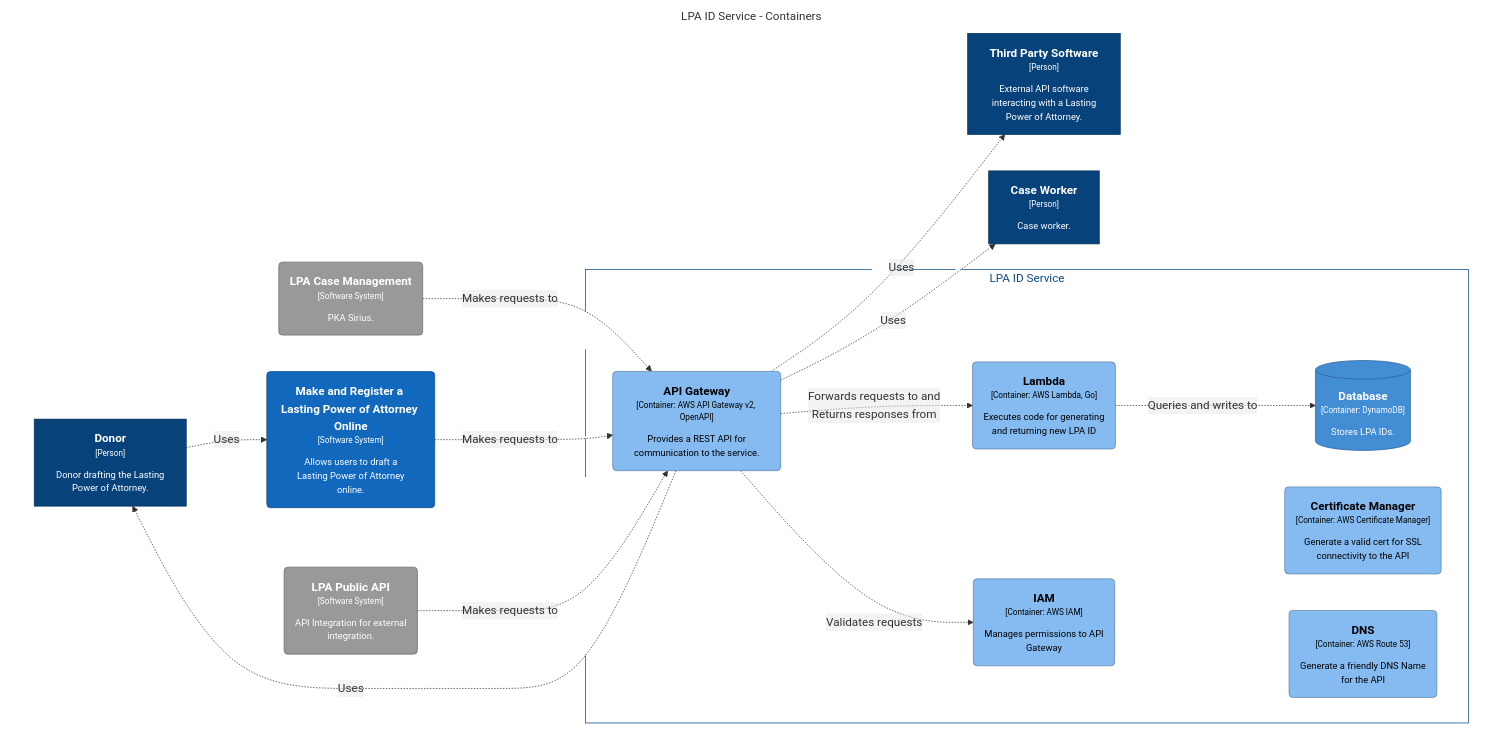
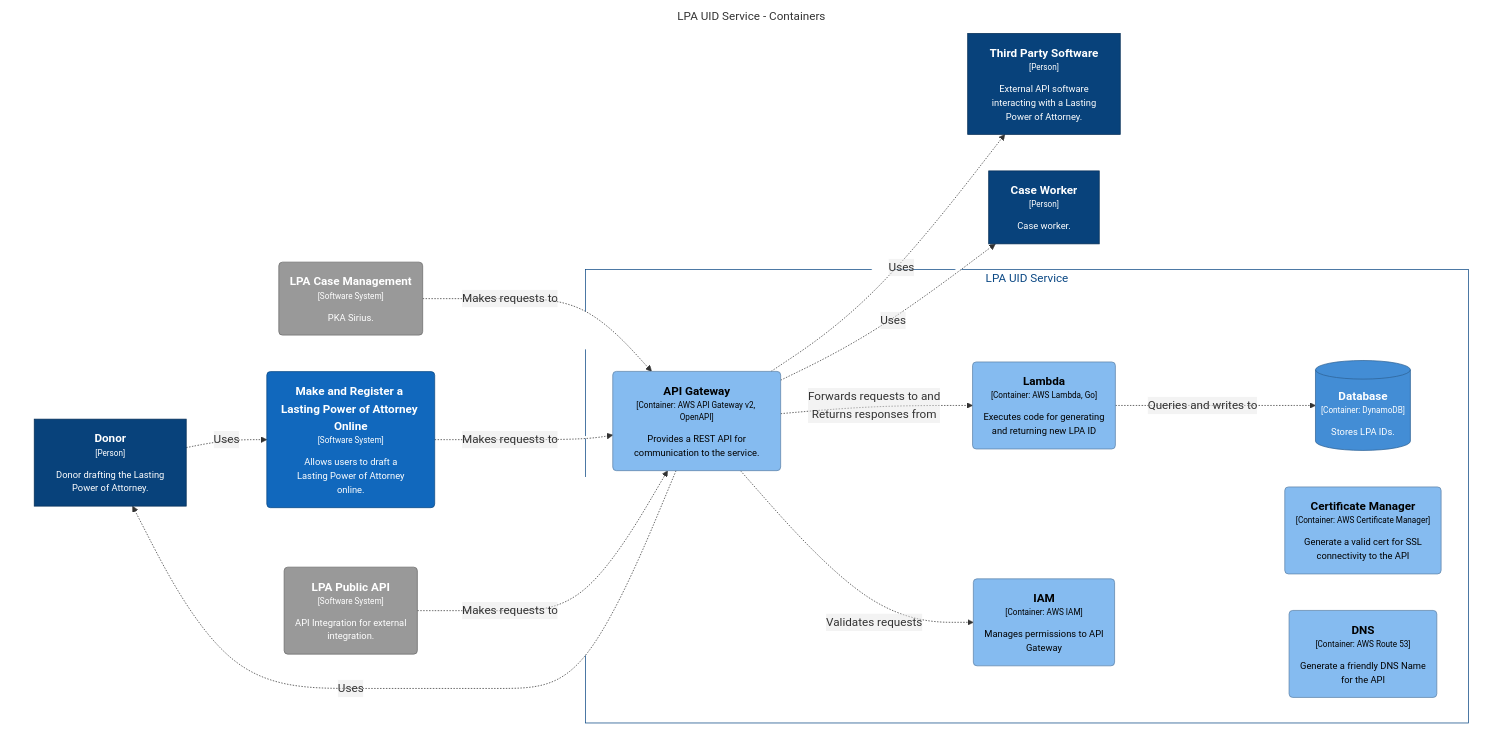
Before and after one commit to ministryofjustice/opg-data-lpa-uid: the diagram in docs/architecture/dsl/local/structurizr-Container-001.mmd, drawn with Mermaid. The commit also changed 5 other files, not shown here.

```diff
--- a/docs/architecture/dsl/local/structurizr-Container-001.mmd
+++ b/docs/architecture/dsl/local/structurizr-Container-001.mmd
@@ -1,47 +1,47 @@
 graph TB
   linkStyle default fill:#ffffff
 
-  subgraph diagram [LPA ID Service - Containers]
+  subgraph diagram [LPA UID Service - Containers]
     style diagram fill:#ffffff,stroke:#ffffff
 
     18("<div style='font-weight: bold'>LPA Case Management</div><div style='font-size: 70%; margin-top: 0px'>[Software System]</div><div style='font-size: 80%; margin-top:10px'>PKA Sirius.</div>")
     style 18 fill:#999999,stroke:#6b6b6b,color:#ffffff
     19("<div style='font-weight: bold'>LPA Public API</div><div style='font-size: 70%; margin-top: 0px'>[Software System]</div><div style='font-size: 80%; margin-top:10px'>API Integration for external<br />integration.</div>")
     style 19 fill:#999999,stroke:#6b6b6b,color:#ffffff
     1["<div style='font-weight: bold'>Third Party Software</div><div style='font-size: 70%; margin-top: 0px'>[Person]</div><div style='font-size: 80%; margin-top:10px'>External API software<br />interacting with a Lasting<br />Power of Attorney.</div>"]
     style 1 fill:#08427b,stroke:#052e56,color:#ffffff
     3["<div style='font-weight: bold'>Donor</div><div style='font-size: 70%; margin-top: 0px'>[Person]</div><div style='font-size: 80%; margin-top:10px'>Donor drafting the Lasting<br />Power of Attorney.</div>"]
     style 3 fill:#08427b,stroke:#052e56,color:#ffffff
     5["<div style='font-weight: bold'>Case Worker</div><div style='font-size: 70%; margin-top: 0px'>[Person]</div><div style='font-size: 80%; margin-top:10px'>Case worker.</div>"]
     style 5 fill:#08427b,stroke:#052e56,color:#ffffff
     6("<div style='font-weight: bold'>Make and Register a Lasting Power of Attorney Online</div><div style='font-size: 70%; margin-top: 0px'>[Software System]</div><div style='font-size: 80%; margin-top:10px'>Allows users to draft a<br />Lasting Power of Attorney<br />online.</div>")
     style 6 fill:#1168bd,stroke:#0b4884,color:#ffffff
 
-    subgraph 20 [LPA ID Service]
+    subgraph 20 [LPA UID Service]
       style 20 fill:#ffffff,stroke:#0b4884,color:#0b4884
 
       21[("<div style='font-weight: bold'>Database</div><div style='font-size: 70%; margin-top: 0px'>[Container: DynamoDB]</div><div style='font-size: 80%; margin-top:10px'>Stores LPA IDs.</div>")]
       style 21 fill:#438dd5,stroke:#2e6295,color:#ffffff
       22("<div style='font-weight: bold'>Lambda</div><div style='font-size: 70%; margin-top: 0px'>[Container: AWS Lambda, Go]</div><div style='font-size: 80%; margin-top:10px'>Executes code for generating<br />and returning new LPA ID</div>")
       style 22 fill:#85bbf0,stroke:#5d82a8,color:#000000
       24("<div style='font-weight: bold'>IAM</div><div style='font-size: 70%; margin-top: 0px'>[Container: AWS IAM]</div><div style='font-size: 80%; margin-top:10px'>Manages permissions to API<br />Gateway</div>")
       style 24 fill:#85bbf0,stroke:#5d82a8,color:#000000
       25("<div style='font-weight: bold'>Certificate Manager</div><div style='font-size: 70%; margin-top: 0px'>[Container: AWS Certificate Manager]</div><div style='font-size: 80%; margin-top:10px'>Generate a valid cert for SSL<br />connectivity to the API</div>")
       style 25 fill:#85bbf0,stroke:#5d82a8,color:#000000
       26("<div style='font-weight: bold'>DNS</div><div style='font-size: 70%; margin-top: 0px'>[Container: AWS Route 53]</div><div style='font-size: 80%; margin-top:10px'>Generate a friendly DNS Name<br />for the API</div>")
       style 26 fill:#85bbf0,stroke:#5d82a8,color:#000000
       27("<div style='font-weight: bold'>API Gateway</div><div style='font-size: 70%; margin-top: 0px'>[Container: AWS API Gateway v2, OpenAPI]</div><div style='font-size: 80%; margin-top:10px'>Provides a REST API for<br />communication to the service.</div>")
       style 27 fill:#85bbf0,stroke:#5d82a8,color:#000000
     end
 
     3-. "<div>Uses</div><div style='font-size: 70%'></div>" .->6
     22-. "<div>Queries and writes to</div><div style='font-size: 70%'></div>" .->21
     27-. "<div>Forwards requests to and<br />Returns responses from</div><div style='font-size: 70%'></div>" .->22
     27-. "<div>Validates requests</div><div style='font-size: 70%'></div>" .->24
     27-. "<div>Uses</div><div style='font-size: 70%'></div>" .->5
     27-. "<div>Uses</div><div style='font-size: 70%'></div>" .->3
     27-. "<div>Uses</div><div style='font-size: 70%'></div>" .->1
     18-. "<div>Makes requests to</div><div style='font-size: 70%'></div>" .->27
     6-. "<div>Makes requests to</div><div style='font-size: 70%'></div>" .->27
     19-. "<div>Makes requests to</div><div style='font-size: 70%'></div>" .->27
   end
```
